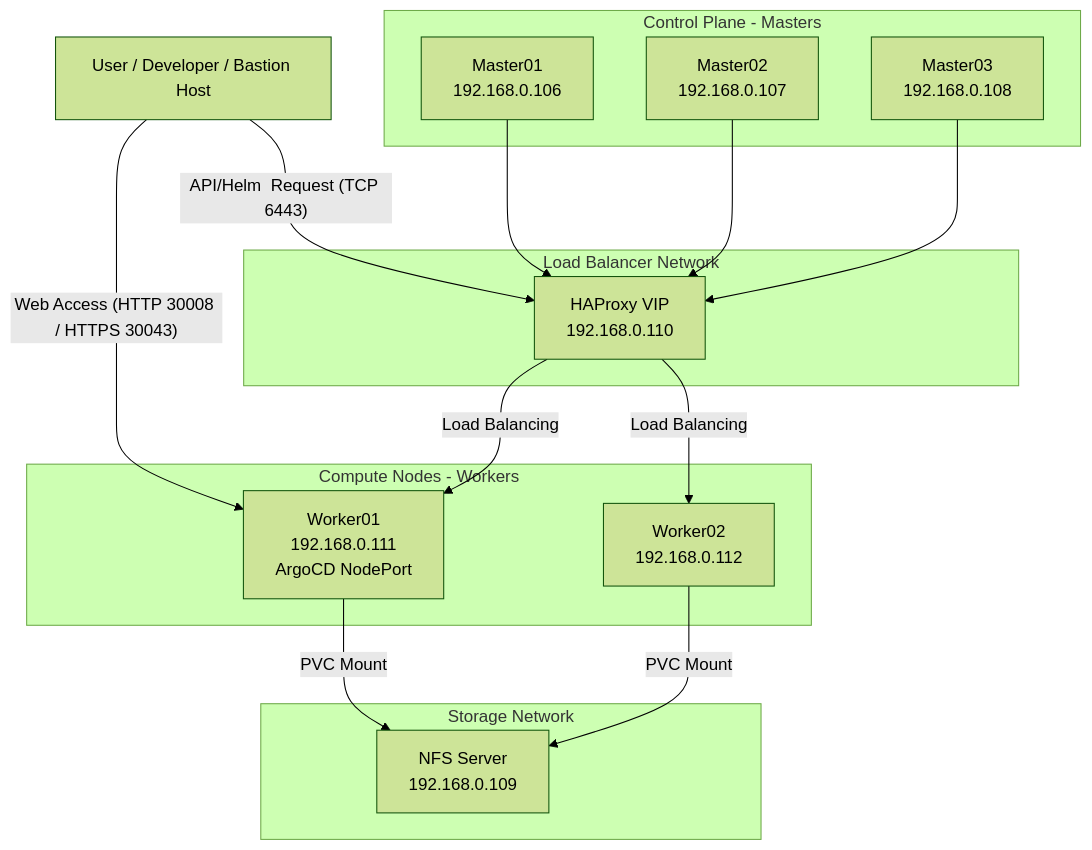
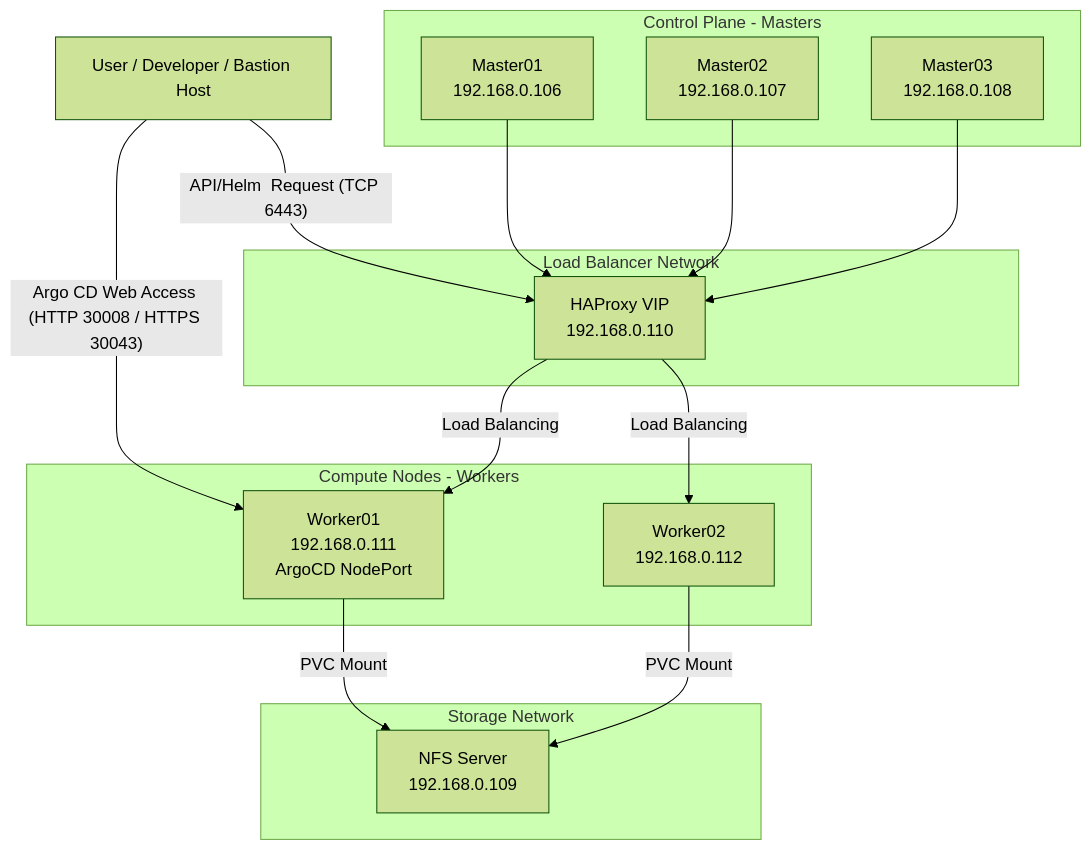
The diagram in README.md (iteyes9797/k8s-lab), drawn with Mermaid (forest theme) before and after one commit. The commit also changed 23 other files, not shown here.

````diff
--- a/README.md
+++ b/README.md
@@ -17,33 +17,33 @@
 ```mermaid
 graph TD
     User[User / Developer / Bastion Host]
     
     subgraph "Load Balancer Network"
         LB[HAProxy VIP<br/>192.168.0.110]
     end
     
     subgraph "Control Plane - Masters"
         M1[Master01<br/>192.168.0.106]
         M2[Master02<br/>192.168.0.107]
         M3[Master03<br/>192.168.0.108]
     end
     
     subgraph "Compute Nodes - Workers"
         W1[Worker01<br/>192.168.0.111<br/>ArgoCD NodePort]
         W2[Worker02<br/>192.168.0.112]
     end
     
     subgraph "Storage Network"
         NFS[NFS Server<br/>192.168.0.109]
     end
 
     User -- "API/Helm  Request (TCP 6443)" --> LB
-    User -- "Web Access (HTTP 30008 / HTTPS 30043)" --> W1
+    User -- "Argo CD Web Access (HTTP 30008 / HTTPS 30043)" --> W1
     
     M1-->LB -- "Load Balancing" --> W1
     M2-->LB -- "Load Balancing" --> W2
     M3-->LB 
     
     W1 -- "PVC Mount" --> NFS
     W2 -- "PVC Mount" --> NFS
 ```
````
